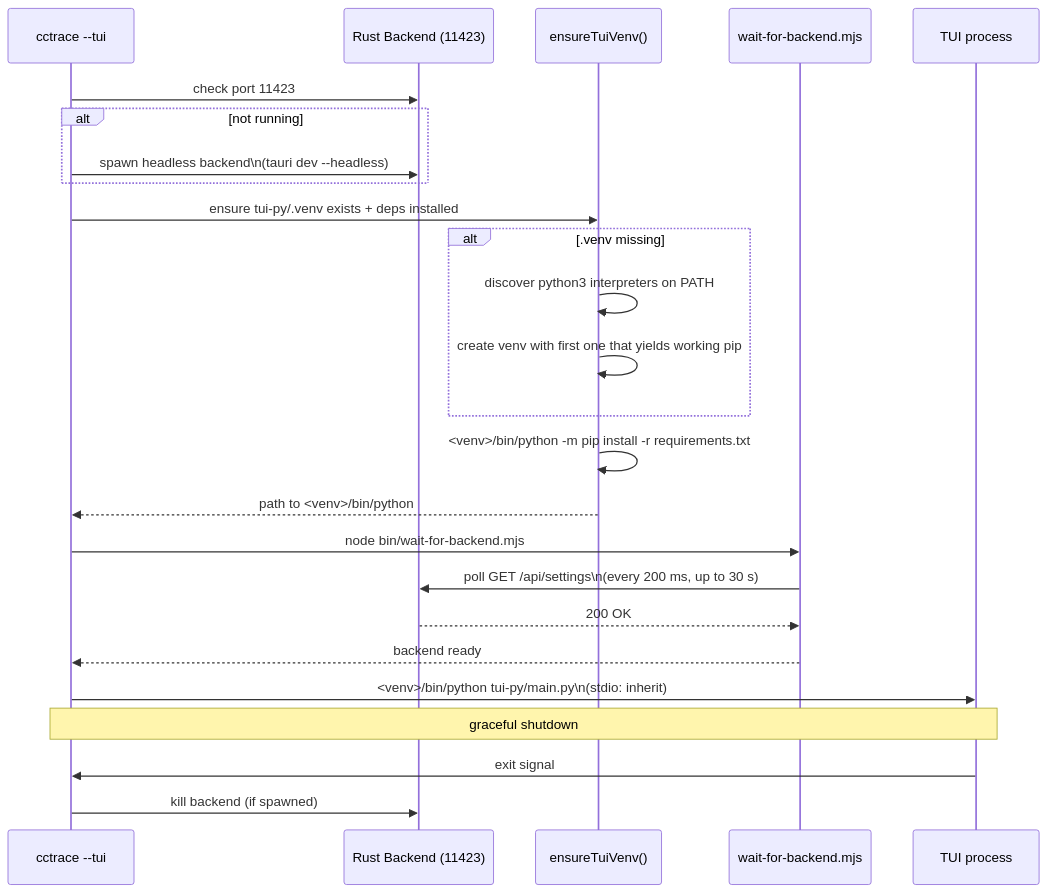
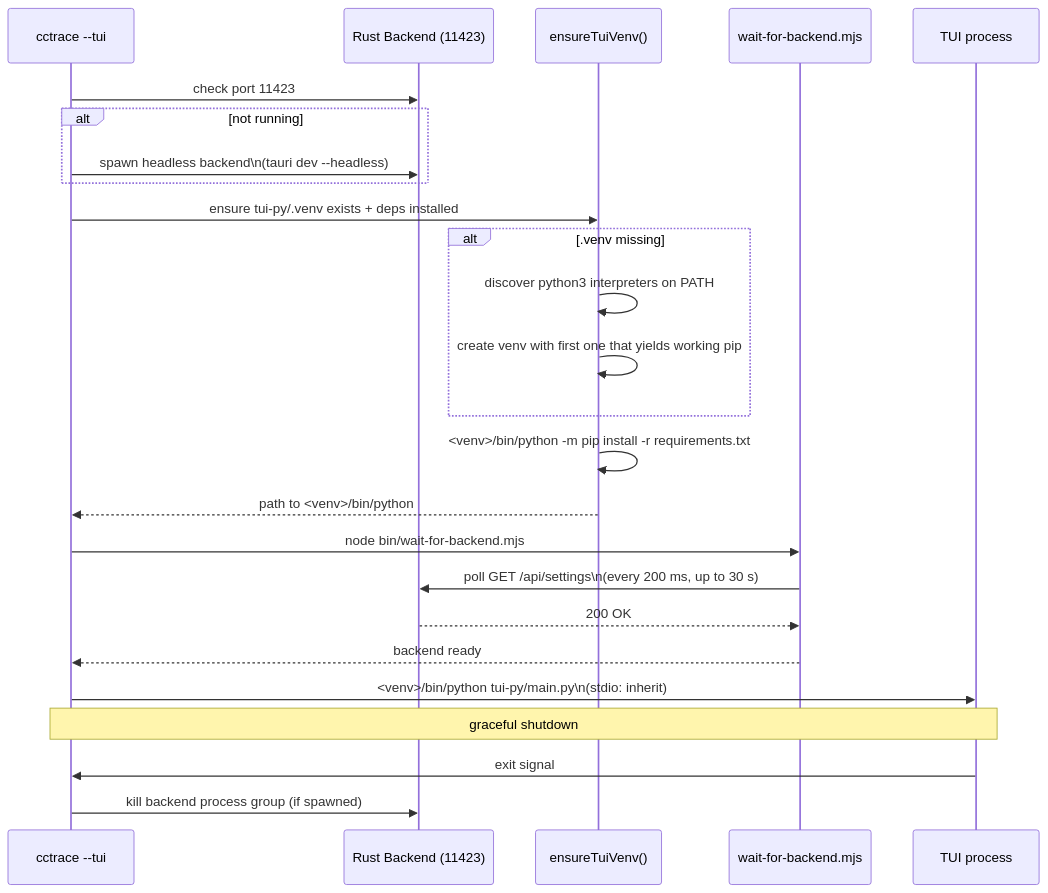
The third of 7 diagrams in specs/12-cli-launcher.md (delexw/claude-code-trace), drawn with Mermaid before and after one commit. The commit also changed other lines of this file and 14 other files, not shown here.

````diff
--- a/specs/12-cli-launcher.md
+++ b/specs/12-cli-launcher.md
@@ -52,32 +52,32 @@
 ```mermaid
 sequenceDiagram
     participant CLI as cctrace --tui
     participant BE as Rust Backend (11423)
     participant VENV as ensureTuiVenv()
     participant WAIT as wait-for-backend.mjs
     participant TUI as TUI process
 
     CLI ->> BE: check port 11423
     alt not running
         CLI ->> BE: spawn headless backend\n(tauri dev --headless)
     end
 
     CLI ->> VENV: ensure tui-py/.venv exists + deps installed
     alt .venv missing
         VENV ->> VENV: discover python3 interpreters on PATH
         VENV ->> VENV: create venv with first one that yields working pip
     end
     VENV ->> VENV: <venv>/bin/python -m pip install -r requirements.txt
     VENV -->> CLI: path to <venv>/bin/python
 
     CLI ->> WAIT: node bin/wait-for-backend.mjs
     WAIT ->> BE: poll GET /api/settings\n(every 200 ms, up to 30 s)
     BE -->> WAIT: 200 OK
     WAIT -->> CLI: backend ready
 
     CLI ->> TUI: <venv>/bin/python tui-py/main.py\n(stdio: inherit)
 
     Note over CLI,TUI: graceful shutdown
     TUI ->> CLI: exit signal
-    CLI ->> BE: kill backend (if spawned)
+    CLI ->> BE: kill backend process group (if spawned)
 ```
````
